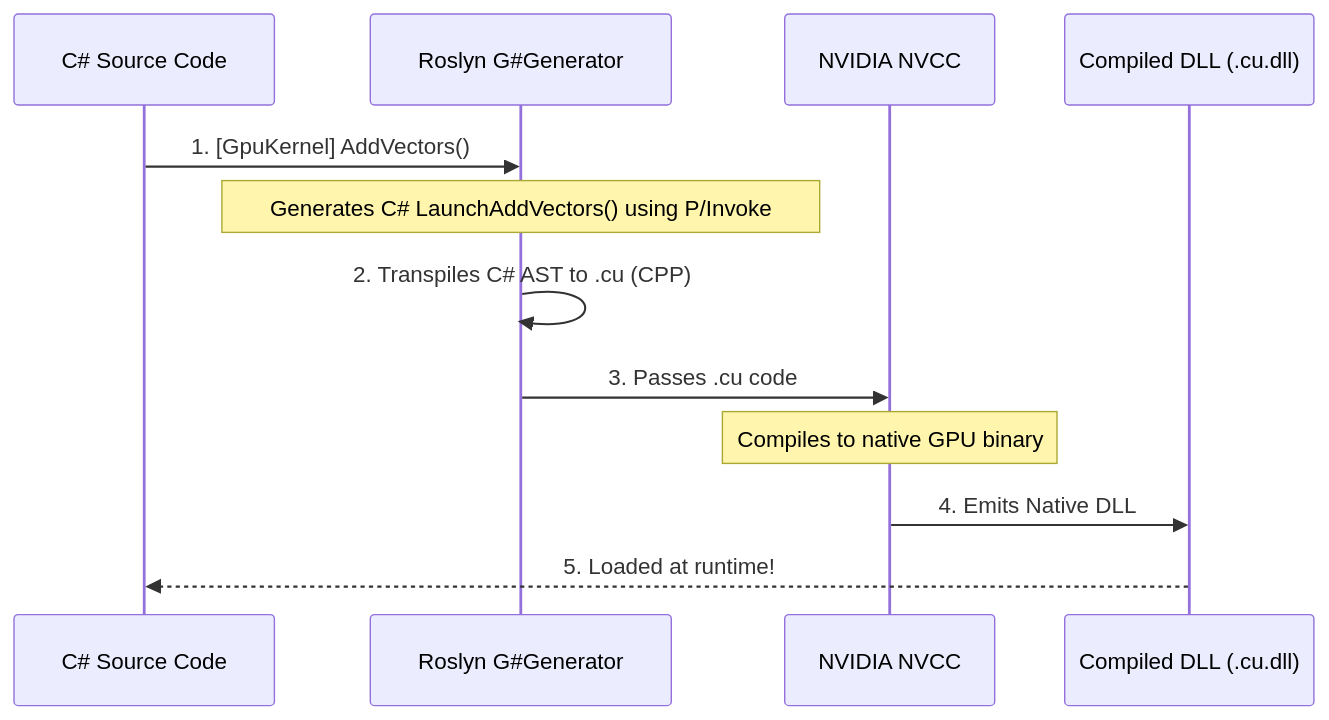
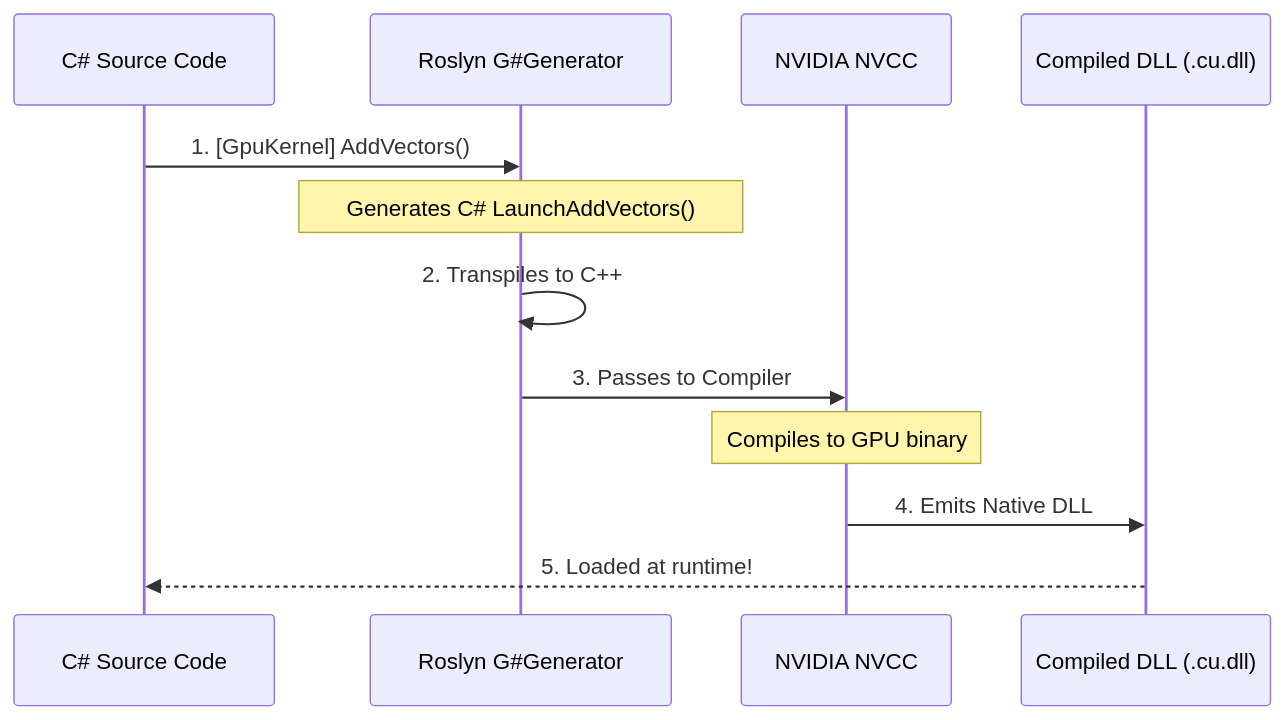
Before and after one commit to kassyi/Henicos: the diagram in docs/spec/en/00_getting_started.md, drawn with Mermaid. The commit also changed other lines of this file and 1 other file, not shown here.

````diff
--- a/docs/spec/en/00_getting_started.md
+++ b/docs/spec/en/00_getting_started.md
@@ -170,15 +193,15 @@
 ```mermaid
 sequenceDiagram
     participant C as C#35; Source Code
     participant R as Roslyn G#35;Generator
     participant NV as NVIDIA NVCC
     participant D as Compiled DLL (.cu.dll)
     
     C->>R: 1. [GpuKernel] AddVectors()
-    Note over R: Generates C#35; LaunchAddVectors() using P/Invoke
-    R->>R: 2. Transpiles C#35; AST to .cu (CPP)
-    R->>NV: 3. Passes .cu code
-    Note over NV: Compiles to native GPU binary
+    Note over R: Generates C#35; LaunchAddVectors()
+    R->>R: 2. Transpiles to C++
+    R->>NV: 3. Passes to Compiler
+    Note over NV: Compiles to GPU binary
     NV->>D: 4. Emits Native DLL
     D-->>C: 5. Loaded at runtime!
 ```
````
